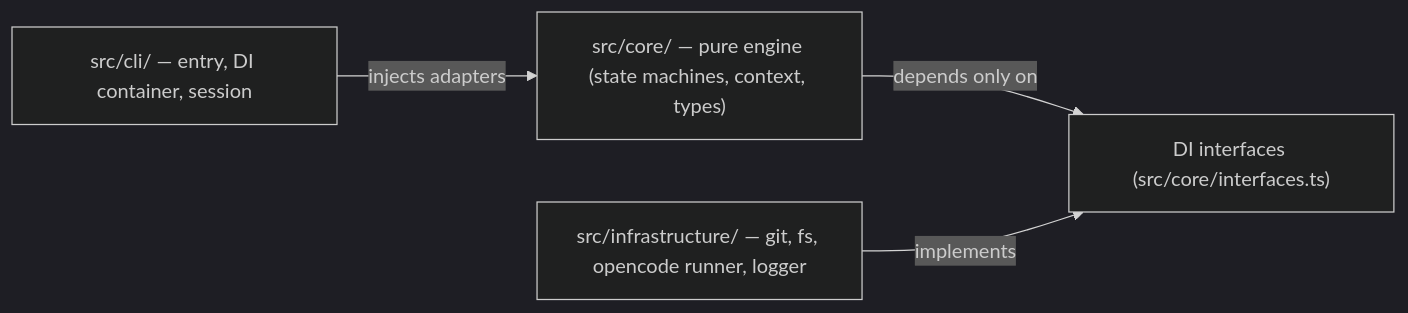
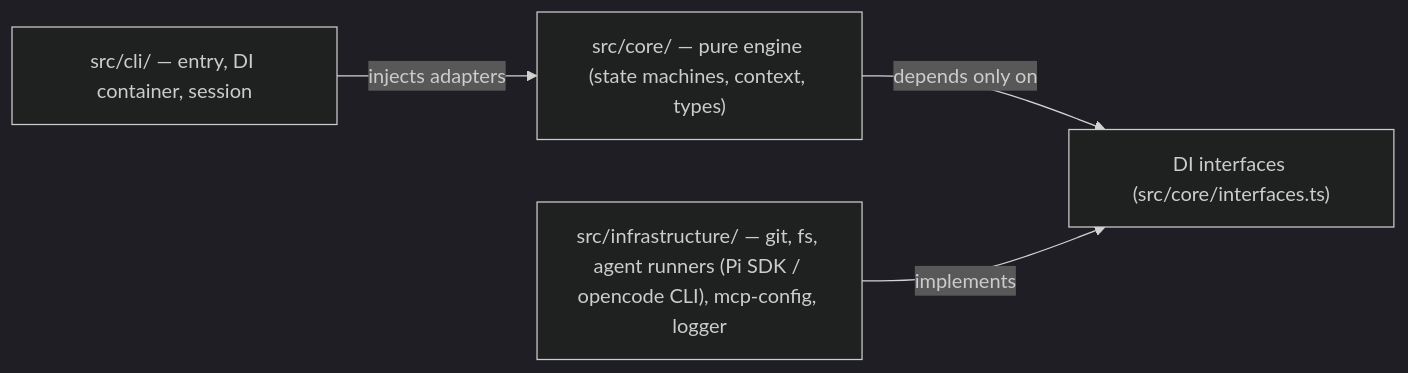
The first of 3 diagrams in docs/architecture/contributor-deep-dive/01-core-engine-internals.md (Nistapp/agentic-tdd), drawn with Mermaid (dark theme) before and after one commit. The commit also changed other lines of this file and 15 other files, not shown here.

Commit message:
chore(ai): pass-7 – docs: align deep-dive + setup docs with Pi-default agent-agnostic architecture

````diff
--- a/docs/architecture/contributor-deep-dive/01-core-engine-internals.md
+++ b/docs/architecture/contributor-deep-dive/01-core-engine-internals.md
@@ -53,6 +53,6 @@
 ```mermaid
 graph LR
     CLI["src/cli/ — entry, DI container, session"] -->|"injects adapters"| Core["src/core/ — pure engine (state machines, context, types)"]
     Core -->|"depends only on"| DI["DI interfaces (src/core/interfaces.ts)"]
-    Infra["src/infrastructure/ — git, fs, opencode runner, logger"] -->|"implements"| DI
+    Infra["src/infrastructure/ — git, fs, agent runners (Pi SDK / opencode CLI), mcp-config, logger"] -->|"implements"| DI
 ```
````
